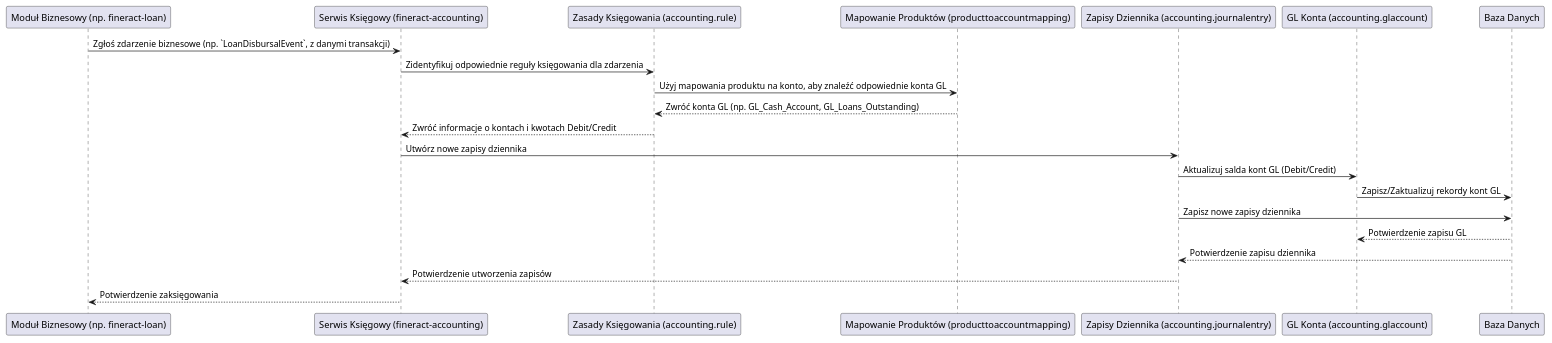
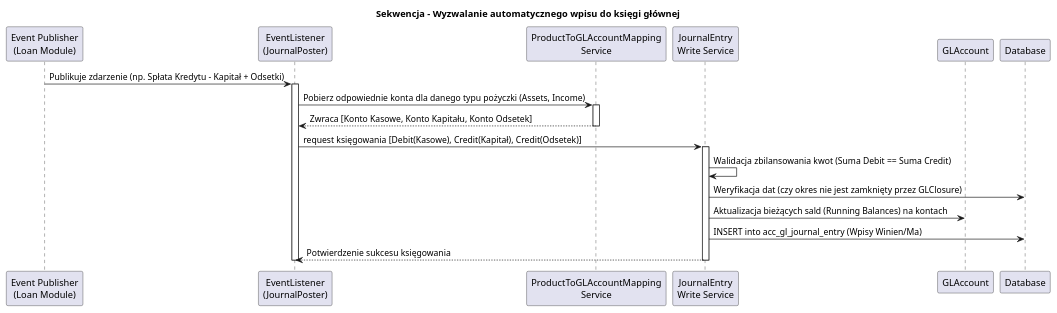
Before and after one commit to mrkwjck/fineract: the second of 2 diagrams in docs/fineract-accounting.md, drawn with PlantUML. The commit also changed other lines of this file and 36 other files, not shown here.

````diff
--- a/docs/fineract-accounting.md
+++ b/docs/fineract-accounting.md
@@ -28,25 +53,31 @@
 ```plantuml
 @startuml
-participant "Moduł Biznesowy (np. fineract-loan)" as BusinessModule
-participant "Serwis Księgowy (fineract-accounting)" as AccountingService
-participant "Zasady Księgowania (accounting.rule)" as AccountingRules
-participant "Mapowanie Produktów (producttoaccountmapping)" as ProductMapping
-participant "Zapisy Dziennika (accounting.journalentry)" as JournalEntryService
-participant "GL Konta (accounting.glaccount)" as GLAccountService
-participant "Baza Danych" as Database
+title Sekwencja - Wyzwalanie automatycznego wpisu do księgi głównej
 
-BusinessModule -> AccountingService: Zgłoś zdarzenie biznesowe (np. `LoanDisbursalEvent`, z danymi transakcji)
-AccountingService -> AccountingRules: Zidentyfikuj odpowiednie reguły księgowania dla zdarzenia
-AccountingRules -> ProductMapping: Użyj mapowania produktu na konto, aby znaleźć odpowiednie konta GL
-ProductMapping --> AccountingRules: Zwróć konta GL (np. GL_Cash_Account, GL_Loans_Outstanding)
-AccountingRules --> AccountingService: Zwróć informacje o kontach i kwotach Debit/Credit
-AccountingService -> JournalEntryService: Utwórz nowe zapisy dziennika
-JournalEntryService -> GLAccountService: Aktualizuj salda kont GL (Debit/Credit)
-GLAccountService -> Database: Zapisz/Zaktualizuj rekordy kont GL
-JournalEntryService -> Database: Zapisz nowe zapisy dziennika
-Database --> GLAccountService: Potwierdzenie zapisu GL
-Database --> JournalEntryService: Potwierdzenie zapisu dziennika
-JournalEntryService --> AccountingService: Potwierdzenie utworzenia zapisów
-AccountingService --> BusinessModule: Potwierdzenie zaksięgowania
+participant "Event Publisher\n(Loan Module)" as event
+participant "EventListener\n(JournalPoster)" as poster
+participant "ProductToGLAccountMapping\nService" as mapping
+participant "JournalEntry\nWrite Service" as je_service
+participant "GLAccount" as gl_account
+participant "Database" as db
+
+event -> poster: Publikuje zdarzenie (np. Spłata Kredytu - Kapitał + Odsetki)
+activate poster
+poster -> mapping: Pobierz odpowiednie konta dla danego typu pożyczki (Assets, Income)
+activate mapping
+mapping --> poster: Zwraca [Konto Kasowe, Konto Kapitału, Konto Odsetek]
+deactivate mapping
+
+poster -> je_service: request księgowania [Debit(Kasowe), Credit(Kapitał), Credit(Odsetek)]
+activate je_service
+je_service -> je_service: Walidacja zbilansowania kwot (Suma Debit == Suma Credit)
+
+je_service -> db: Weryfikacja dat (czy okres nie jest zamknięty przez GLClosure)
+je_service -> gl_account: Aktualizacja bieżących sald (Running Balances) na kontach
+je_service -> db: INSERT into acc_gl_journal_entry (Wpisy Winien/Ma)
+
+je_service --> poster: Potwierdzenie sukcesu księgowania
+deactivate je_service
+deactivate poster
 @enduml
 ```
````
